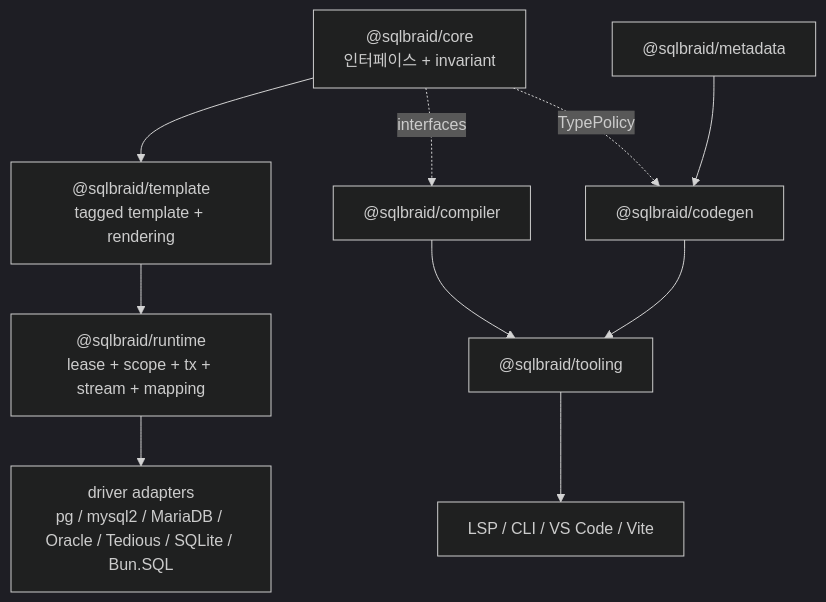
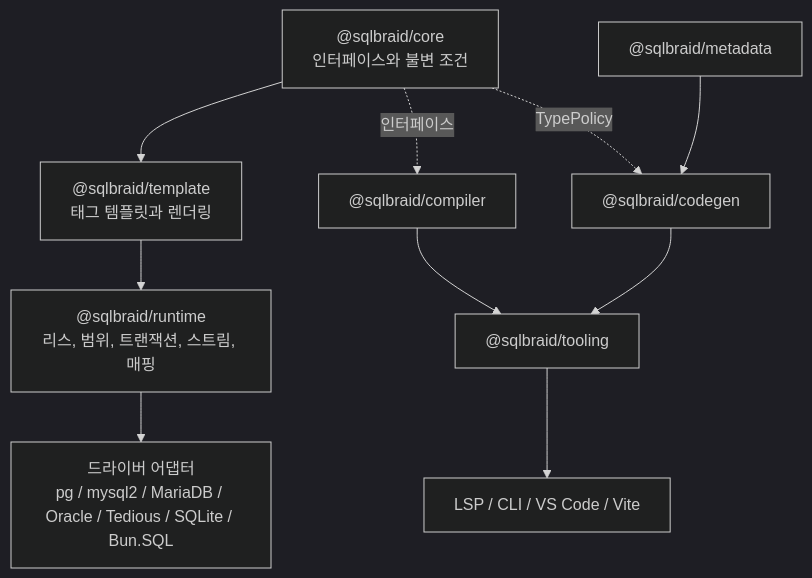
Before and after one commit to Clickin/SQLBraid: the second of 5 diagrams in docs/mental-model.ko.md, drawn with Mermaid (dark theme). The commit also changed other lines of this file and 50 other files, not shown here.

````diff
--- a/docs/mental-model.ko.md
+++ b/docs/mental-model.ko.md
@@ -24,18 +24,18 @@
 ```mermaid
 flowchart TB
-  CORE["@sqlbraid/core<br/>인터페이스 + invariant"]
-  TEMPLATE["@sqlbraid/template<br/>tagged template + rendering"]
-  RUNTIME["@sqlbraid/runtime<br/>lease + scope + tx + stream + mapping"]
-  ADAPTERS["driver adapters<br/>pg / mysql2 / MariaDB / Oracle / Tedious / SQLite / Bun.SQL"]
+  CORE["@sqlbraid/core<br/>인터페이스와 불변 조건"]
+  TEMPLATE["@sqlbraid/template<br/>태그 템플릿과 렌더링"]
+  RUNTIME["@sqlbraid/runtime<br/>리스, 범위, 트랜잭션, 스트림, 매핑"]
+  ADAPTERS["드라이버 어댑터<br/>pg / mysql2 / MariaDB / Oracle / Tedious / SQLite / Bun.SQL"]
   CORE --> TEMPLATE --> RUNTIME --> ADAPTERS
 
   COMPILER["@sqlbraid/compiler"]
   METADATA["@sqlbraid/metadata"]
   CODEGEN["@sqlbraid/codegen"]
   TOOLING["@sqlbraid/tooling"]
   LSP["LSP / CLI / VS Code / Vite"]
   COMPILER --> TOOLING --> LSP
   METADATA --> CODEGEN --> TOOLING
-  CORE -. interfaces .-> COMPILER
+  CORE -. 인터페이스 .-> COMPILER
   CORE -. TypePolicy .-> CODEGEN
 ```
````
